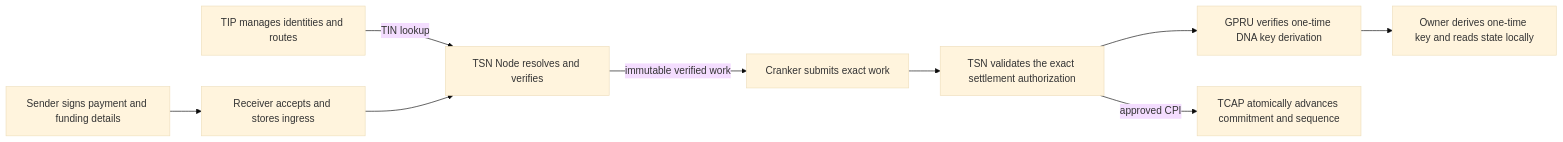
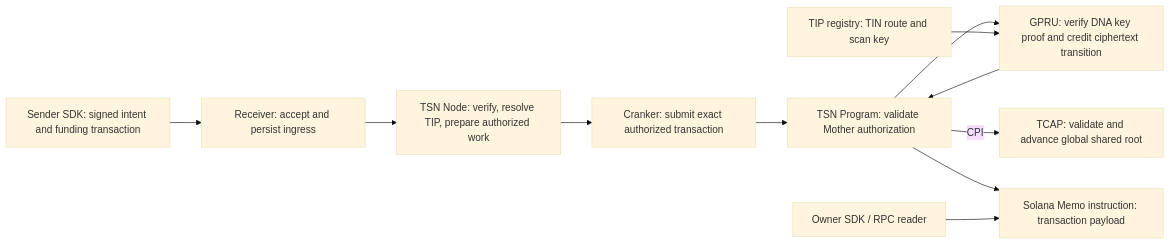
One commit to Trustlink-Labs/TSN-Protocol changed the diagram in tsn-docs/overview/architecture.mdx. Above: the diagram before and after it, drawn with Mermaid (base theme). The commit also changed other lines of this file and 83 other files, not shown here.

````diff
--- a/tsn-docs/overview/architecture.mdx
+++ b/tsn-docs/overview/architecture.mdx
@@ -11,11 +11,13 @@
 ```mermaid
 flowchart LR
-    TIP[TIP manages identities and routes] -->|TIN lookup| NODE[TSN Node resolves and verifies]
-    SENDER[Sender signs payment and funding details] --> RECEIVER[Receiver accepts and stores ingress]
-    RECEIVER --> NODE
-    NODE -->|immutable verified work| CRANKER[Cranker submits exact work]
-    CRANKER --> TSN[TSN validates the exact settlement authorization]
-    TSN --> GPRU[GPRU verifies one-time DNA key derivation]
-    TSN -->|approved CPI| TCAP[TCAP atomically advances commitment and sequence]
-    GPRU --> OWNER[Owner derives one-time key and reads state locally]
+    S[Sender SDK: signed intent and funding transaction] --> R[Receiver: accept and persist ingress]
+    R --> N[TSN Node: verify, resolve TIP, prepare authorized work]
+    N --> C[Cranker: submit exact authorized transaction]
+    C --> T[TSN Program: validate Mother authorization]
+    T --> G[GPRU: verify DNA key proof and credit ciphertext transition]
+    TIP[TIP registry: TIN route and scan key] --> G
+    G --> T
+    T -->|CPI| TCAP[TCAP: validate and advance global shared root]
+    T --> M[Solana Memo instruction: transaction payload]
+    O[Owner SDK / RPC reader] --> M
 ```
````
